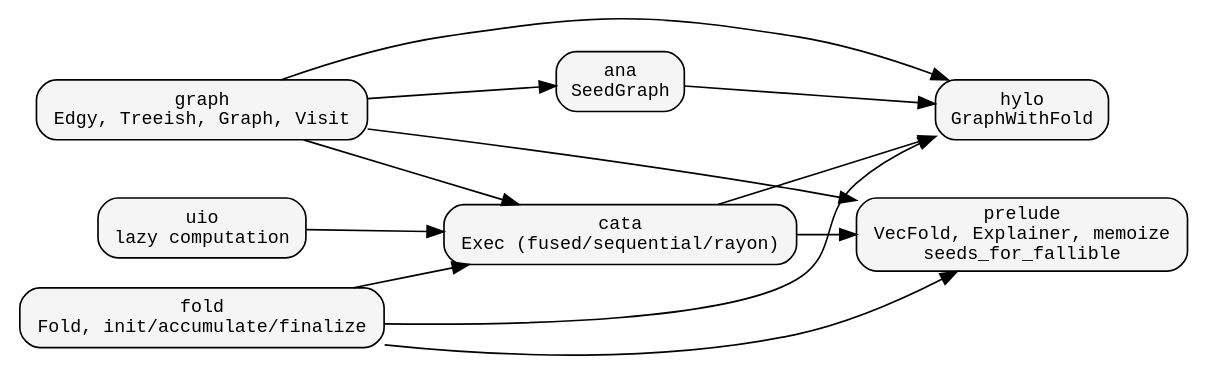
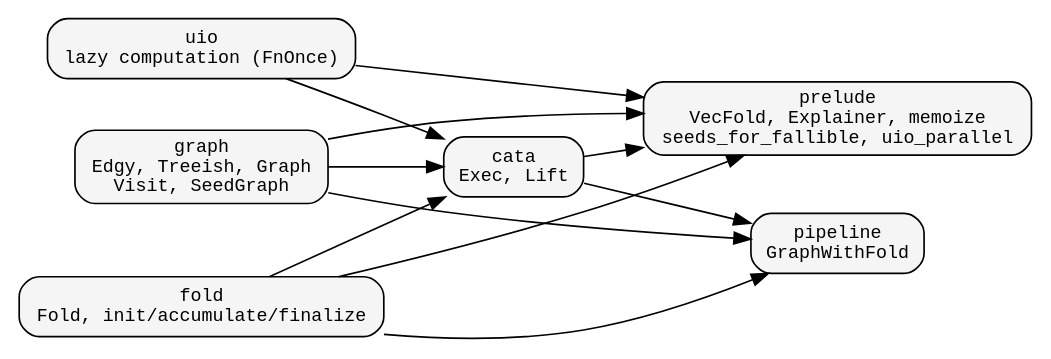
One commit to hylic-recursion/hylic-docs changed the third of 3 diagrams in book/src/design/core_composition.md. Above: the diagram before and after it, drawn with Graphviz. The commit also changed other lines of this file and 4 other files, not shown here.

````diff
--- a/book/src/design/core_composition.md
+++ b/book/src/design/core_composition.md
@@ -78,27 +78,25 @@
 ```dot process
 digraph {
     rankdir=LR;
     node [shape=box, style="rounded,filled", fillcolor="#f5f5f5", fontname="monospace", fontsize=11];
     edge [fontname="sans-serif", fontsize=10];
 
-    uio     [label="uio\nlazy computation"];
-    graph_  [label="graph\nEdgy, Treeish, Graph, Visit"];
+    uio     [label="uio\nlazy computation (FnOnce)"];
+    graph_  [label="graph\nEdgy, Treeish, Graph\nVisit, SeedGraph"];
     fold    [label="fold\nFold, init/accumulate/finalize"];
-    cata    [label="cata\nExec (fused/sequential/rayon)"];
-    ana     [label="ana\nSeedGraph"];
-    hylo    [label="hylo\nGraphWithFold"];
-    prelude [label="prelude\nVecFold, Explainer, memoize\nseeds_for_fallible"];
+    cata    [label="cata\nExec, Lift"];
+    pipe    [label="pipeline\nGraphWithFold"];
+    prelude [label="prelude\nVecFold, Explainer, memoize\nseeds_for_fallible, uio_parallel"];
 
     uio -> cata;
     graph_ -> cata;
     fold -> cata;
-    graph_ -> ana;
-    ana -> hylo;
-    cata -> hylo;
-    fold -> hylo;
+    graph_ -> pipe;
+    cata -> pipe;
+    fold -> pipe;
     graph_ -> prelude;
     fold -> prelude;
     cata -> prelude;
-    graph_ -> hylo;
+    uio -> prelude;
 }
 ```
````
